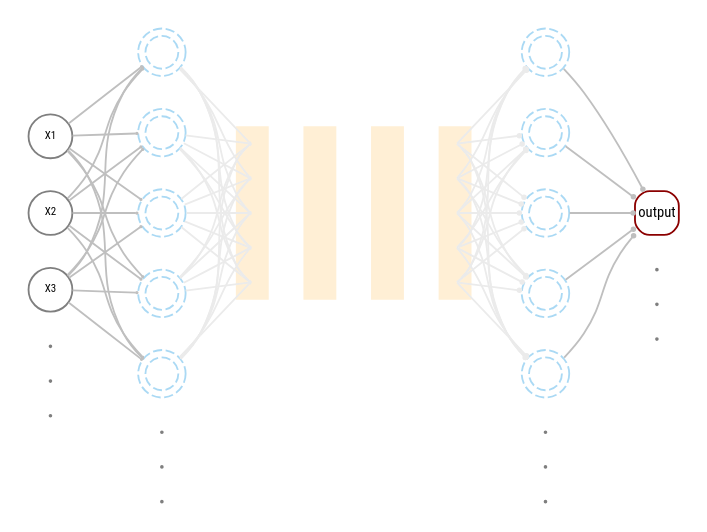
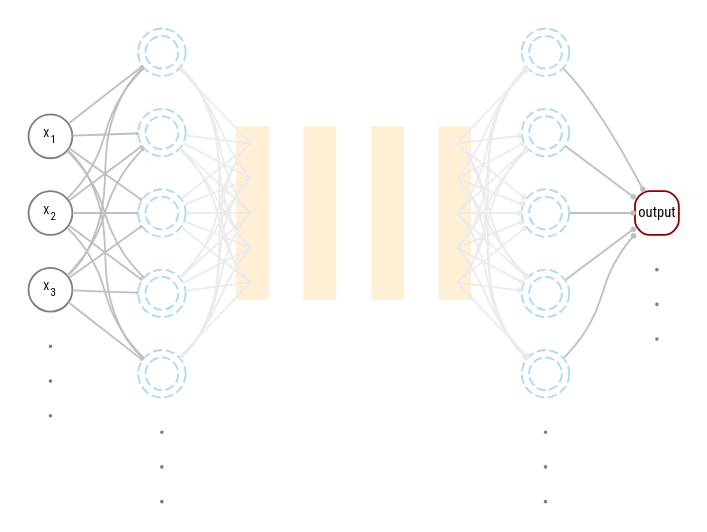
The diagram in img/nn_deep2.dot (m-clark/book-of-models), drawn with Graphviz before and after one commit. The commit also changed 31 other files, not shown here.

```diff
--- a/img/nn_deep2.dot
+++ b/img/nn_deep2.dot
@@ -1,109 +1,109 @@
 digraph neural_network {
   bgcolor="transparent"
   compound=true;
   rankdir=LR;
   node [shape=circle color=gray50 fontname="Roboto Condensed"];
 
   
     subgraph cluster_input {
         color = transparent;
-        X2 [label="X2" fixedsize=True fontsize =6 width=.33];
-        X3 [label="X3" fixedsize=True fontsize =6 width=.33];
-        X1 [label="X1" fixedsize=True fontsize =6 width=.33];
+        X1 [label=<X<sub>2</sub>> fixedsize=True fontsize =6 width=.33];
+        X2 [label=<X<sub>3</sub>> fixedsize=True fontsize =6 width=.33];
+        X3 [label=<X<sub>1</sub>> fixedsize=True fontsize =6 width=.33];
         X4 [label="" fixedsize=True width=.01  shape=circle style=filled ]; 
         X5 [label="" fixedsize=True width=.01  shape=circle style=filled ]; 
         X6 [label="" fixedsize=True width=.01  shape=circle style=filled ];
     }
 
     X1 -> hidden1, hidden2, hidden3, hidden4,hidden5 [arrowhead="dot" arrowsize=0.1 minlen=1 fontsize=7 color=gray75];
     X2 -> hidden1, hidden2, hidden3, hidden4,hidden5 [arrowhead="dot" arrowsize=0.1 minlen=1 fontsize=7 color=gray75];
     X3 -> hidden1, hidden2, hidden3, hidden4,hidden5 [arrowhead="dot" arrowsize=0.1 minlen=1 fontsize=7 color=gray75];
 
     subgraph cluster_0 {
         color = transparent;
         hidden1 [label="" fixedsize=True fontsize =10 width=.25 color = "#56B4E980" shape=doublecircle style=dashed penwidth=1];
         hidden2 [label="" fixedsize=True fontsize =10 width=.25 color = "#56B4E980" shape=doublecircle style=dashed penwidth=1];
         hidden3 [label="" fixedsize=True fontsize =10 width=.25 color = "#56B4E980" shape=doublecircle style=dashed penwidth=1];
         hidden4 [label="" fixedsize=True fontsize =10 width=.25 color = "#56B4E980" shape=doublecircle style=dashed penwidth=1];
         hidden5 [label="" fixedsize=True fontsize =10 width=.25 color = "#56B4E980" shape=doublecircle style=dashed penwidth=1];
         hidden6 [label="" fixedsize=True width=.01  shape=circle style=filled ]; 
         hidden7 [label="" fixedsize=True width=.01  shape=circle style=filled ]; 
         hidden8 [label="" fixedsize=True width=.01  shape=circle style=filled ];
     }
   hidden1, hidden2, hidden3, hidden4, hidden5 -> middle1, middle2, middle3, middle4, middle5 [arrowhead="dot" arrowsize=0.1 minlen=1 fontsize=7 color=gray92];
 
     subgraph cluster_middle1 {
         color = papayawhip;
         style = filled;
         middle1 [label="" fixedsize=True width=.01 color=transparent  shape=circle style=filled] ;
         middle2 [label="" fixedsize=True width=.01 color=transparent  shape=circle style=filled] ;
         middle3 [label="" fixedsize=True width=.01 color=transparent  shape=circle style=filled] ;
         middle4 [label="" fixedsize=True width=.01 color=transparent  shape=circle style=filled] ;
         middle5 [label="" fixedsize=True width=.01 color=transparent  shape=circle style=filled];  
     }
     subgraph cluster_middle2 {
         color = papayawhip;
         style = filled;
         middle6  [label="" fixedsize=True width=.01 color=transparent shape=circle style=filled] ;
         middle7  [label="" fixedsize=True width=.01 color=transparent shape=circle style=filled] ;
         middle8  [label="" fixedsize=True width=.01 color=transparent shape=circle style=filled] ;
         middle9  [label="" fixedsize=True width=.01 color=transparent shape=circle style=filled] ;
         middle10 [label="" fixedsize=True width=.01 color=transparent shape=circle style=filled];  
     }
 
     // {rank=same; middle1; middel6}
     middle5 -> middle8 [arrowhead="none" color="transparent"];
 
     subgraph cluster_middle3 {
         color = papayawhip;
         style = filled;
         middle11 [label="" fixedsize=True width=.01  color=transparent shape=circle style=filled] ;
         middle12 [label="" fixedsize=True width=.01  color=transparent shape=circle style=filled] ;
         middle13 [label="" fixedsize=True width=.01  color=transparent shape=circle style=filled] ;
         middle14 [label="" fixedsize=True width=.01  color=transparent shape=circle style=filled] ;
         middle15 [label="" fixedsize=True width=.01  color=transparent shape=circle style=filled];  
     }
 
     middle8 -> middle13 [arrowhead="none" color="transparent"];
 
     subgraph cluster_middle4 {
         color = papayawhip;
         style = filled;
         middle16 [label="" fixedsize=True width=.01 color=transparent shape=circle style=filled] ;
         middle17 [label="" fixedsize=True width=.01 color=transparent shape=circle style=filled] ;
         middle18 [label="" fixedsize=True width=.01 color=transparent shape=circle style=filled] ;
         middle19 [label="" fixedsize=True width=.01 color=transparent shape=circle style=filled] ;
         middle20 [label="" fixedsize=True width=.01 color=transparent shape=circle style=filled];  
     }
 
     middle13 -> middle19 [arrowhead="none" color="transparent"];
 
 
 
     subgraph cluster_2 {
         color = transparent;
         hidden1c [label="" fixedsize=True fontsize =10 width=.25 color = "#56B4E980" shape=doublecircle style=dashed penwidth=1];
         hidden2c [label="" fixedsize=True fontsize =10 width=.25 color = "#56B4E980" shape=doublecircle style=dashed penwidth=1];
         hidden3c [label="" fixedsize=True fontsize =10 width=.25 color = "#56B4E980" shape=doublecircle style=dashed penwidth=1];
         hidden4c [label="" fixedsize=True fontsize =10 width=.25 color = "#56B4E980" shape=doublecircle style=dashed penwidth=1];
         hidden5c [label="" fixedsize=True fontsize =10 width=.25 color = "#56B4E980" shape=doublecircle style=dashed penwidth=1];    
         hidden12 [label="" fixedsize=True width=.01  shape=circle style=filled ]; 
         hidden13 [label="" fixedsize=True width=.01  shape=circle style=filled ]; 
         hidden14 [label="" fixedsize=True width=.01  shape=circle style=filled ];
     }
 
      middle16, middle17, middle18, middle19, middle20-> hidden1c, hidden2c, hidden3c, hidden4c, hidden5c [arrowhead="dot" arrowsize=0.25 minlen=1 color=gray92];
 
     
 
     hidden1c, hidden2c, hidden3c, hidden4c, hidden5c -> output [arrowhead="dot" arrowsize=0.25 minlen=1 color=gray75];
 
     subgraph cluster_output {
         color = transparent;
         output [label="output" fixedsize=True fontsize =8 width=.33 color="#8B0000" shape=square style=rounded];
         output1 [label="" fixedsize=True width=.01  shape=circle style=filled ];
         output2 [label="" fixedsize=True width=.01  shape=circle style=filled ];
         output3 [label="" fixedsize=True width=.01  shape=circle style=filled ];
     }
     
 }
```
